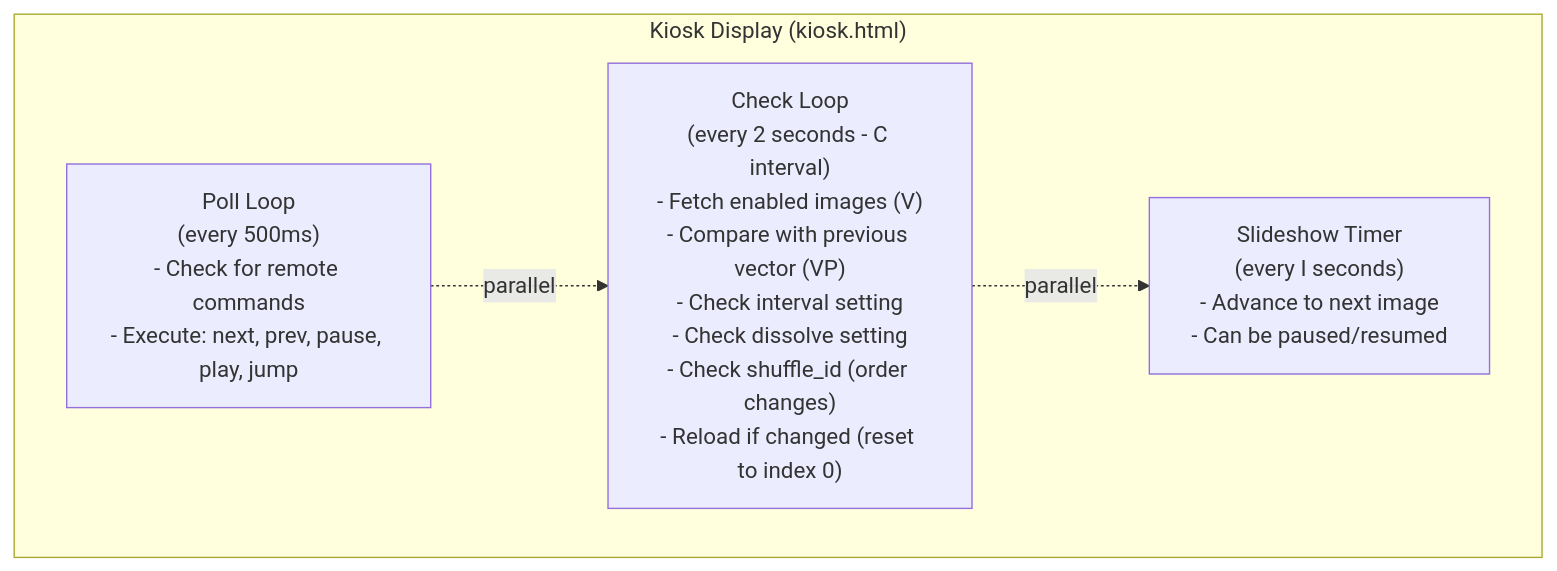
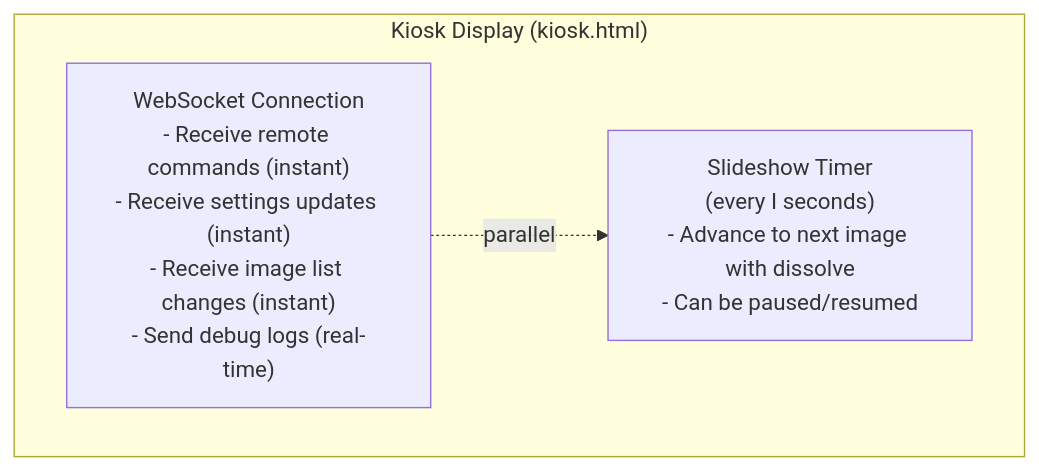
Before and after one commit to yodalf/art-kiosk: the second of 4 diagrams in ARCHITECTURE.md, drawn with Mermaid. The commit also changed other lines of this file and 1 other file, not shown here.

First line of the commit message:
Update documentation for WebSocket implementation

````diff
--- a/ARCHITECTURE.md
+++ b/ARCHITECTURE.md
@@ -62,11 +66,9 @@
 ```mermaid
 graph TB
     subgraph KioskDisplay["Kiosk Display (kiosk.html)"]
-        PollLoop["Poll Loop<br/>(every 500ms)<br/>- Check for remote commands<br/>- Execute: next, prev, pause, play, jump"]
-        CheckLoop["Check Loop<br/>(every 2 seconds - C interval)<br/>- Fetch enabled images (V)<br/>- Compare with previous vector (VP)<br/>- Check interval setting<br/>- Check dissolve setting<br/>- Check shuffle_id (order changes)<br/>- Reload if changed (reset to index 0)"]
-        SlideTimer["Slideshow Timer<br/>(every I seconds)<br/>- Advance to next image<br/>- Can be paused/resumed"]
+        WebSocket["WebSocket Connection<br/>- Receive remote commands (instant)<br/>- Receive settings updates (instant)<br/>- Receive image list changes (instant)<br/>- Send debug logs (real-time)"]
+        SlideTimer["Slideshow Timer<br/>(every I seconds)<br/>- Advance to next image with dissolve<br/>- Can be paused/resumed"]
 
-        PollLoop -.->|parallel| CheckLoop
-        CheckLoop -.->|parallel| SlideTimer
+        WebSocket -.->|parallel| SlideTimer
     end
 ```
````
